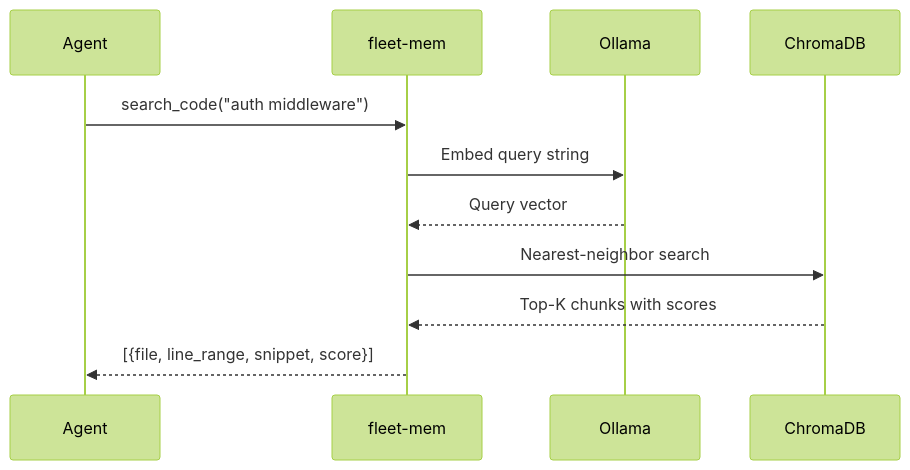
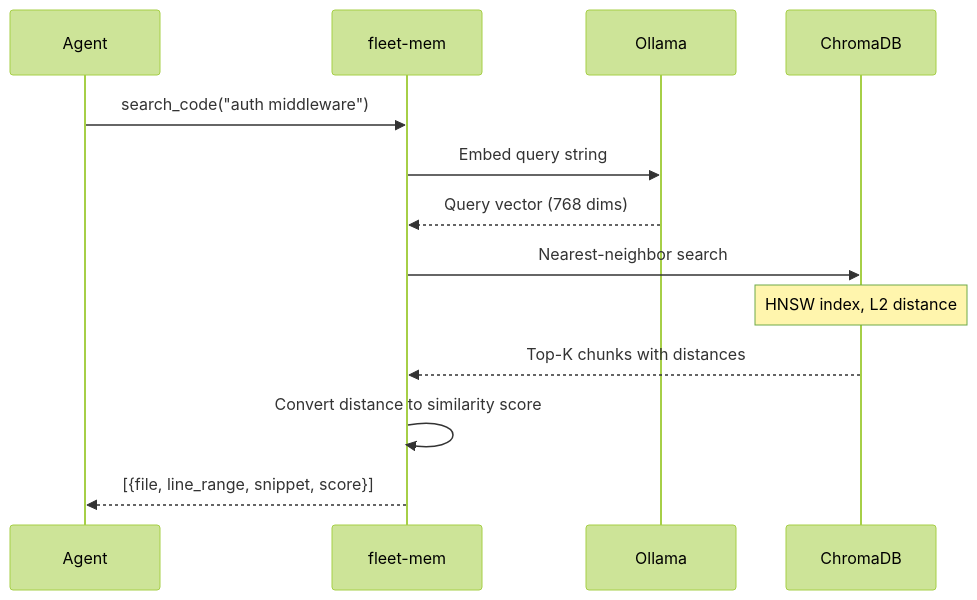
The third of 6 diagrams in README.md (sam-ent/fleet-mem), drawn with Mermaid (forest theme) before and after one commit. The commit also changed other lines of this file, not shown here.

First line of the commit message:
docs: accurate process flow diagrams with all storage layers

````diff
--- a/README.md
+++ b/README.md
@@ -139,14 +151,16 @@
 ```mermaid
 sequenceDiagram
     participant A as Agent
     participant FM as fleet-mem
     participant OL as Ollama
-    participant DB as ChromaDB
+    participant C as ChromaDB
 
     A->>FM: search_code("auth middleware")
     FM->>OL: Embed query string
-    OL-->>FM: Query vector
-    FM->>DB: Nearest-neighbor search
-    DB-->>FM: Top-K chunks with scores
+    OL-->>FM: Query vector (768 dims)
+    FM->>C: Nearest-neighbor search
+    Note over C: HNSW index, L2 distance
+    C-->>FM: Top-K chunks with distances
+    FM->>FM: Convert distance to similarity score
     FM-->>A: [{file, line_range, snippet, score}]
 ```
````
